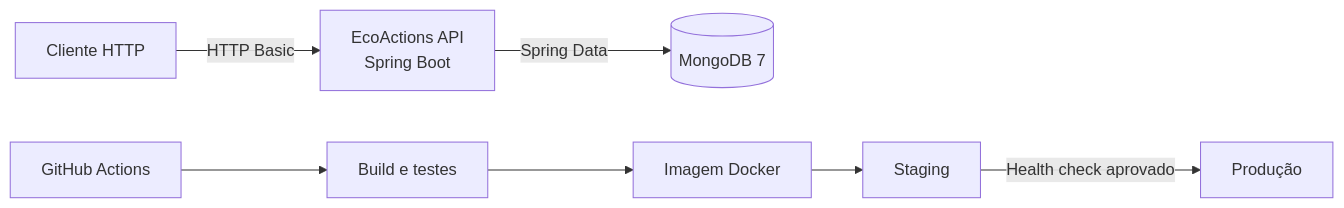
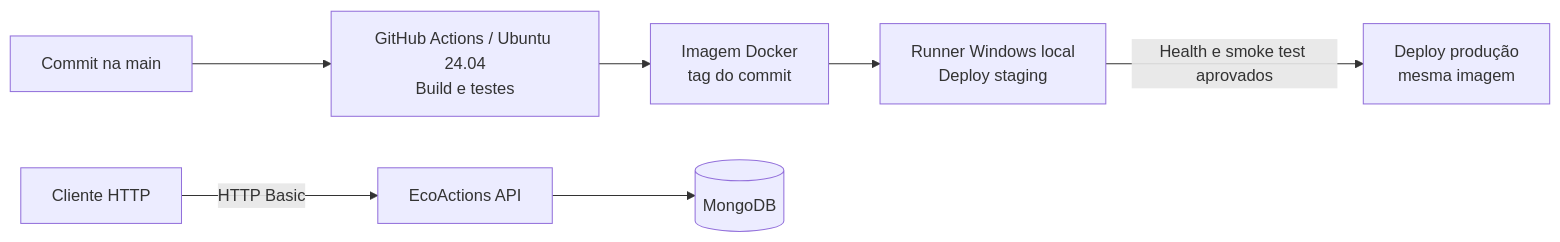
One commit to Gabriel-Morais102/ecoactions-api changed the diagram in README.md. Above: the diagram before and after it, drawn with Mermaid. The commit also changed other lines of this file and 17 other files, not shown here.

````diff
--- a/README.md
+++ b/README.md
@@ -50,9 +18,9 @@
 ```mermaid
 flowchart LR
-    U[Cliente HTTP] -->|HTTP Basic| A[EcoActions API<br/>Spring Boot]
-    A -->|Spring Data| M[(MongoDB 7)]
-    G[GitHub Actions] --> B[Build e testes]
-    B --> I[Imagem Docker]
-    I --> S[Staging]
-    S -->|Health check aprovado| P[Produção]
+    C[Commit na main] --> B[GitHub Actions / Ubuntu 24.04<br/>Build e testes]
+    B --> I[Imagem Docker<br/>tag do commit]
+    I --> S[Runner Windows local<br/>Deploy staging]
+    S -->|Health e smoke test aprovados| P[Deploy produção<br/>mesma imagem]
+    U[Cliente HTTP] -->|HTTP Basic| A[EcoActions API]
+    A --> M[(MongoDB)]
 ```
````
